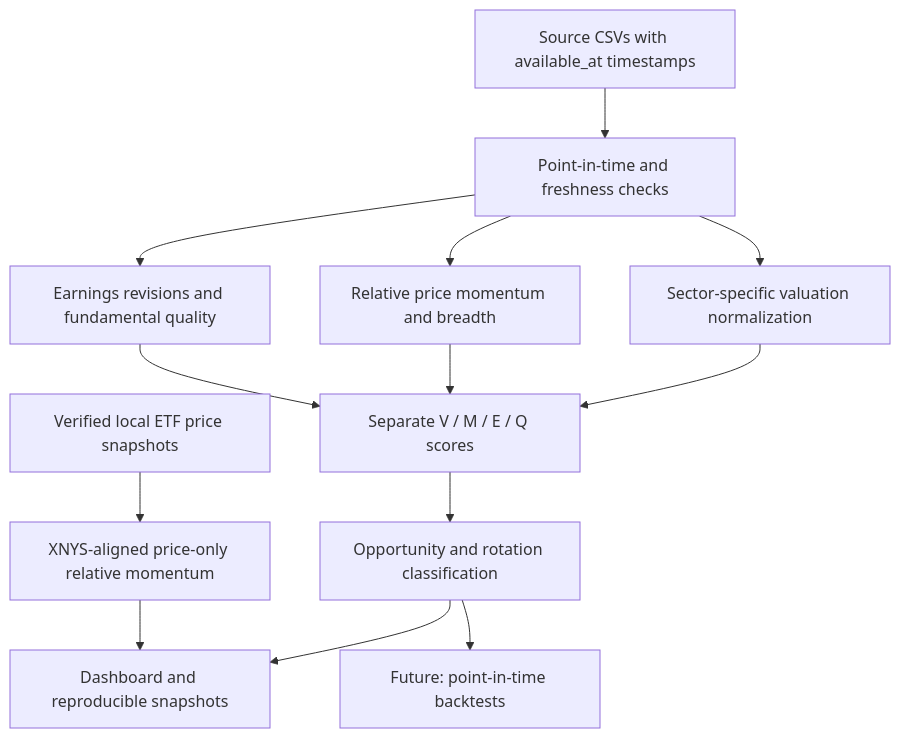
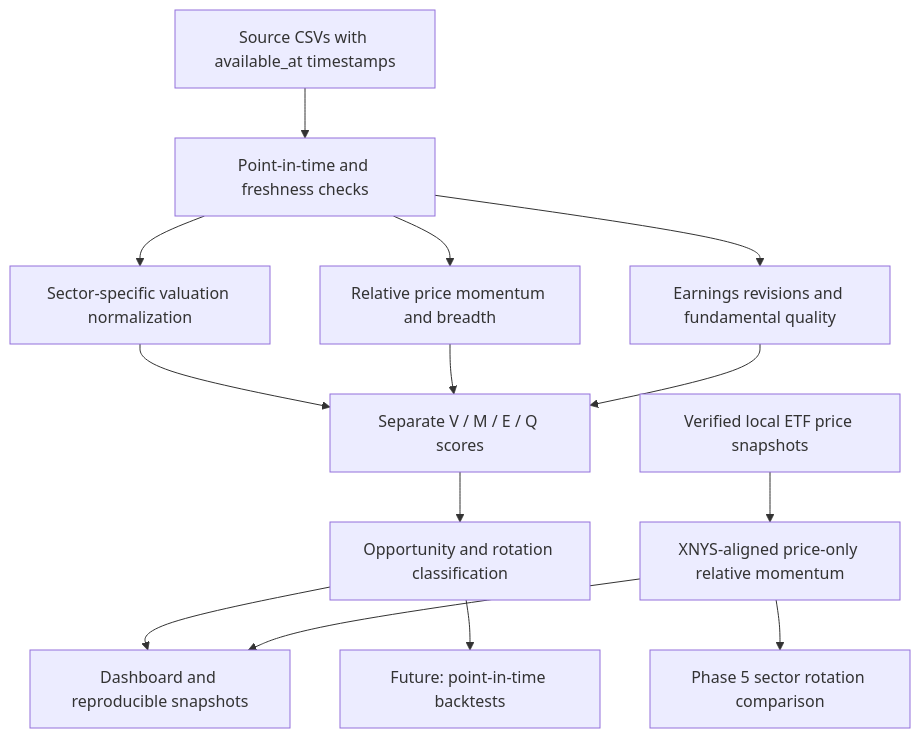
One commit to unpwkn/sector-intelligence-lab changed the diagram in README.md. Above: the diagram before and after it, drawn with Mermaid. The commit also changed other lines of this file and 10 other files, not shown here.

Commit message:
Add sector rotation backtesting framework

````diff
--- a/README.md
+++ b/README.md
@@ -36,15 +36,16 @@
 ```mermaid
 flowchart TD
     A[Source CSVs with available_at timestamps] --> B[Point-in-time and freshness checks]
     B --> C[Sector-specific valuation normalization]
     B --> D[Relative price momentum and breadth]
     B --> E[Earnings revisions and fundamental quality]
     C --> F[Separate V / M / E / Q scores]
     D --> F
     E --> F
     F --> G[Opportunity and rotation classification]
     G --> H[Dashboard and reproducible snapshots]
     G --> I[Future: point-in-time backtests]
     J[Verified local ETF price snapshots] --> K[XNYS-aligned price-only relative momentum]
     K --> H
+    K --> L[Phase 5 sector rotation comparison]
 ```
````
